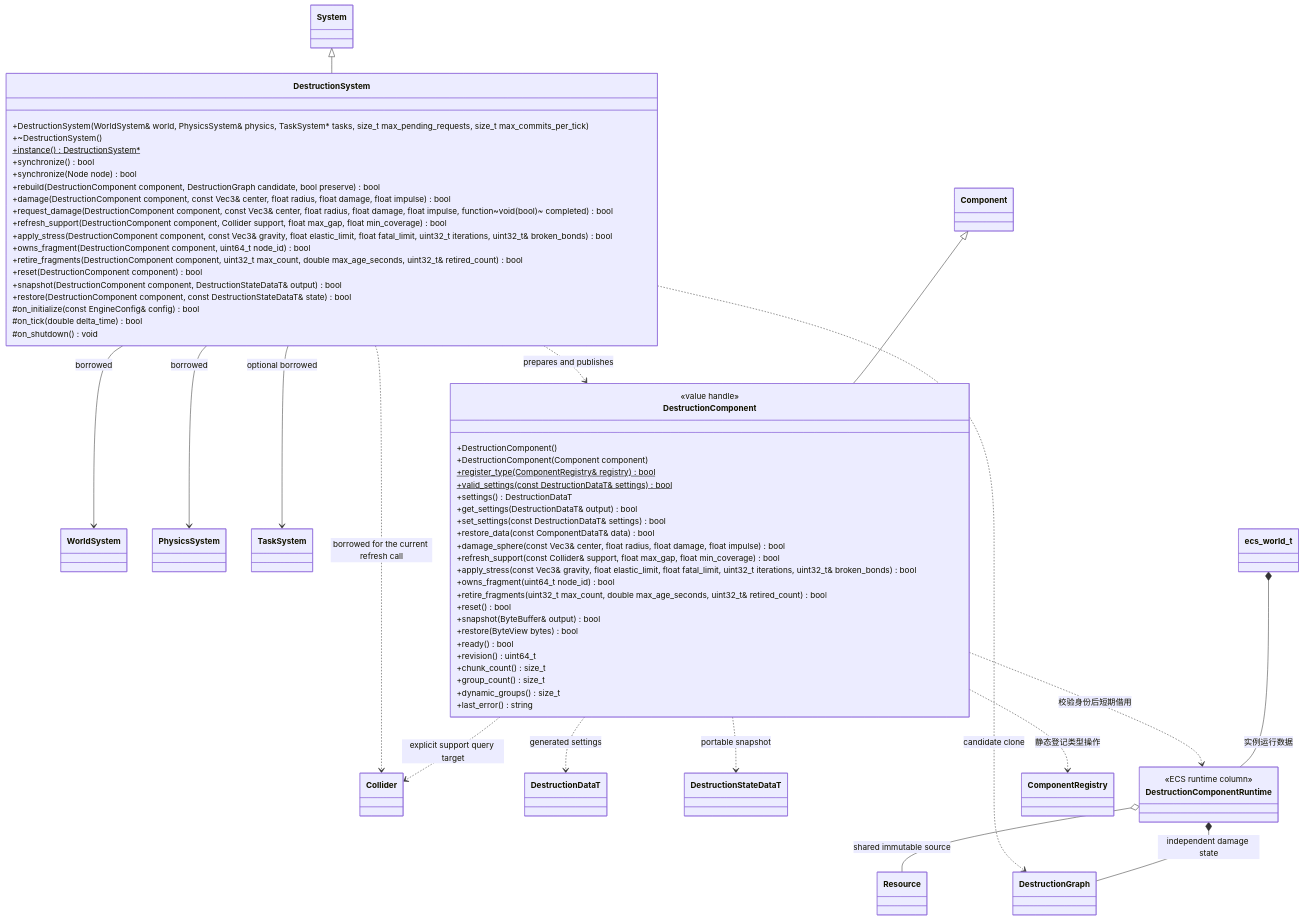
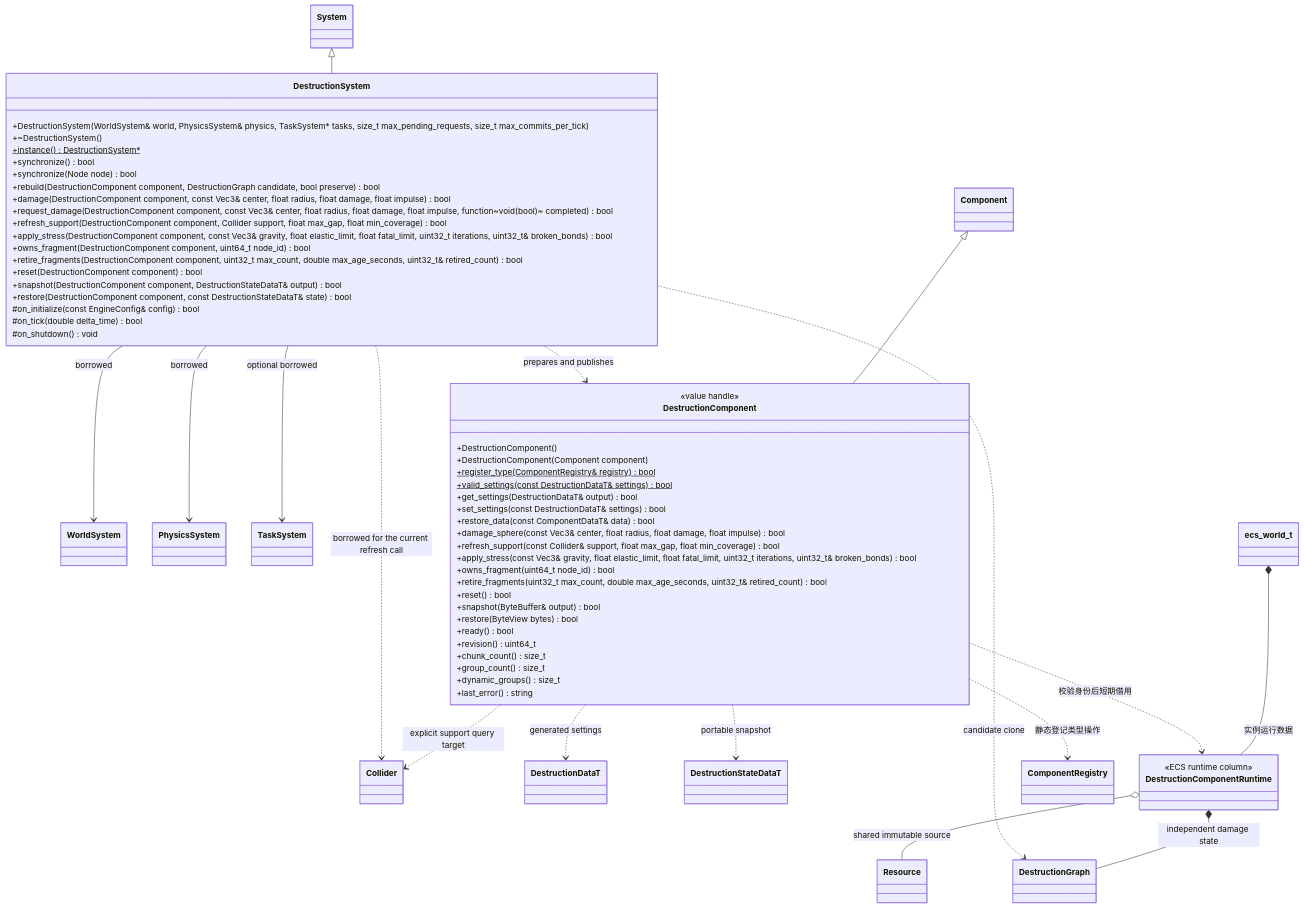
The diagram in docs/plugins/runtime/class-diagrams/destruction.md (lcals/Engine), drawn with Mermaid before and after one commit. The commit also changed other lines of this file and 244 other files, not shown here.

````diff
--- a/docs/plugins/runtime/class-diagrams/destruction.md
+++ b/docs/plugins/runtime/class-diagrams/destruction.md
@@ -7,80 +7,80 @@
 ```mermaid
 classDiagram
 class System
 class Component
 class WorldSystem
 class PhysicsSystem
 class TaskSystem
 class Collider
 class Resource
 class DestructionGraph
 class DestructionDataT
 class DestructionStateDataT
 class DestructionComponent {
         <<value handle>>
         +DestructionComponent()
         +DestructionComponent(Component component)
         +register_type(ComponentRegistry& registry) bool$
 +valid_settings(const DestructionDataT& settings) bool$
-+settings() DestructionDataT
+
 +get_settings(DestructionDataT& output) bool
 +set_settings(const DestructionDataT& settings) bool
 +restore_data(const ComponentDataT& data) bool
 +damage_sphere(const Vec3& center, float radius, float damage, float impulse) bool
 +refresh_support(const Collider& support, float max_gap, float min_coverage) bool
 +apply_stress(const Vec3& gravity, float elastic_limit, float fatal_limit, uint32_t iterations, uint32_t& broken_bonds) bool
 +owns_fragment(uint64_t node_id) bool
 +retire_fragments(uint32_t max_count, double max_age_seconds, uint32_t& retired_count) bool
 +reset() bool
 +snapshot(ByteBuffer& output) bool
 +restore(ByteView bytes) bool
 +ready() bool
 +revision() uint64_t
 +chunk_count() size_t
 +group_count() size_t
 +dynamic_groups() size_t
 +last_error() string
 }
 class DestructionSystem {
 +DestructionSystem(WorldSystem& world, PhysicsSystem& physics, TaskSystem* tasks, size_t max_pending_requests, size_t max_commits_per_tick)
 +~DestructionSystem()
 +instance() DestructionSystem*$
 +synchronize() bool
 +synchronize(Node node) bool
 +rebuild(DestructionComponent component, DestructionGraph candidate, bool preserve) bool
 +damage(DestructionComponent component, const Vec3& center, float radius, float damage, float impulse) bool
 +request_damage(DestructionComponent component, const Vec3& center, float radius, float damage, float impulse, function~void(bool)~ completed) bool
 +refresh_support(DestructionComponent component, Collider support, float max_gap, float min_coverage) bool
 +apply_stress(DestructionComponent component, const Vec3& gravity, float elastic_limit, float fatal_limit, uint32_t iterations, uint32_t& broken_bonds) bool
 +owns_fragment(DestructionComponent component, uint64_t node_id) bool
 +retire_fragments(DestructionComponent component, uint32_t max_count, double max_age_seconds, uint32_t& retired_count) bool
 +reset(DestructionComponent component) bool
 +snapshot(DestructionComponent component, DestructionStateDataT& output) bool
 +restore(DestructionComponent component, const DestructionStateDataT& state) bool
 #on_initialize(const EngineConfig& config) bool
 #on_tick(double delta_time) bool
 #on_shutdown() void
 }
 System <|-- DestructionSystem
 Component <|-- DestructionComponent
 DestructionComponentRuntime *-- DestructionGraph : independent damage state
 DestructionComponentRuntime o-- Resource : shared immutable source
 DestructionComponent ..> DestructionDataT : generated settings
 DestructionComponent ..> DestructionStateDataT : portable snapshot
 DestructionComponent ..> Collider : explicit support query target
 DestructionSystem --> WorldSystem : borrowed
 DestructionSystem --> PhysicsSystem : borrowed
 DestructionSystem --> TaskSystem : optional borrowed
 DestructionSystem ..> Collider : borrowed for the current refresh call
 DestructionSystem ..> DestructionComponent : prepares and publishes
 DestructionSystem ..> DestructionGraph : candidate clone
     class ComponentRegistry
     class ecs_world_t
     class DestructionComponentRuntime {
         <<ECS runtime column>>
     }
     ecs_world_t *-- DestructionComponentRuntime : 实例运行数据
     DestructionComponent ..> DestructionComponentRuntime : 校验身份后短期借用
     DestructionComponent ..> ComponentRegistry : 静态登记类型操作
 
 ```
````
